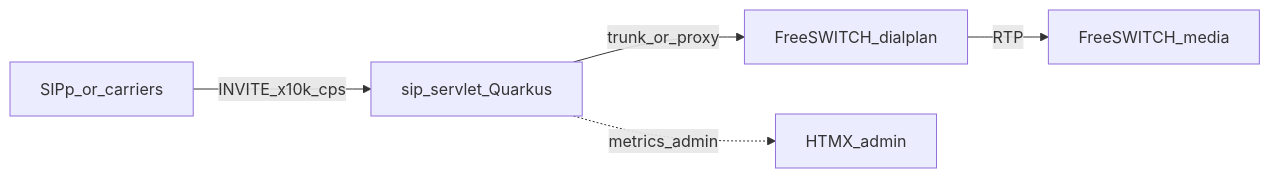
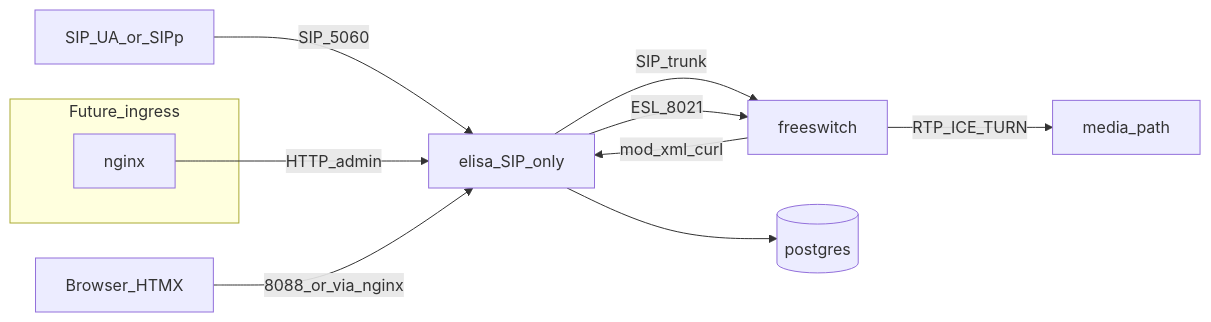
Before and after one commit to nhanth87/sip-freeswitch: the diagram in docs/agents/architecture.md, drawn with Mermaid. The commit also changed other lines of this file and 353 other files, not shown here.

````diff
--- a/docs/agents/architecture.md
+++ b/docs/agents/architecture.md
@@ -13,7 +7,14 @@
 ```mermaid
 flowchart LR
-  SIPp[SIPp_or_carriers] -->|INVITE_x10k_cps| SipEdge[sip_servlet_Quarkus]
-  SipEdge -->|trunk_or_proxy| FS[FreeSWITCH_dialplan]
-  FS -->|RTP| Media[FreeSWITCH_media]
-  SipEdge -.->|metrics_admin| Admin[HTMX_admin]
+  subgraph ingress [Future_ingress]
+    NGX[nginx]
+  end
+  UA[SIP_UA_or_SIPp] -->|SIP_5060| Elisa[elisa_SIP_only]
+  NGX -->|HTTP_admin| Elisa
+  Elisa -->|SIP_trunk| FS[freeswitch]
+  FS -->|RTP_ICE_TURN| Media[media_path]
+  Elisa -->|ESL_8021| FS
+  FS -->|mod_xml_curl| Elisa
+  Elisa --> PG[(postgres)]
+  Admin[Browser_HTMX] -->|8088_or_via_nginx| Elisa
 ```
````
